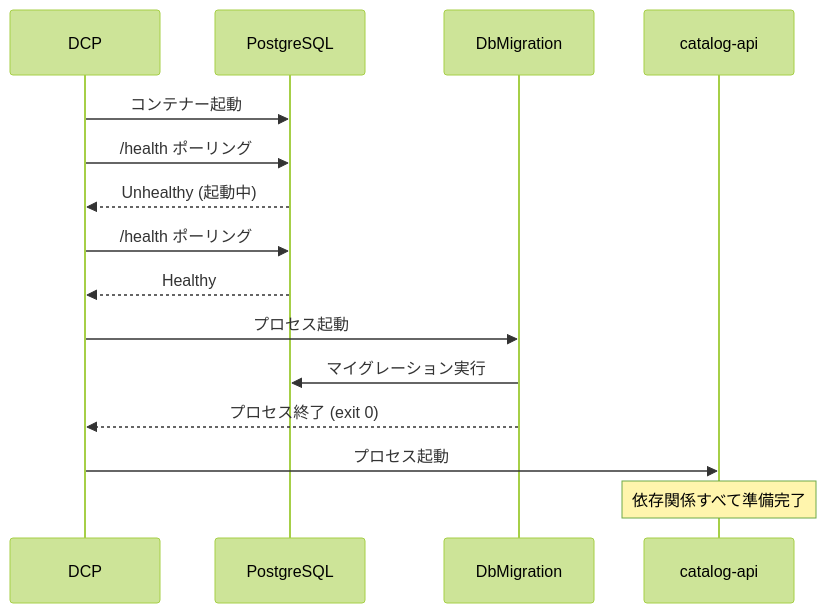
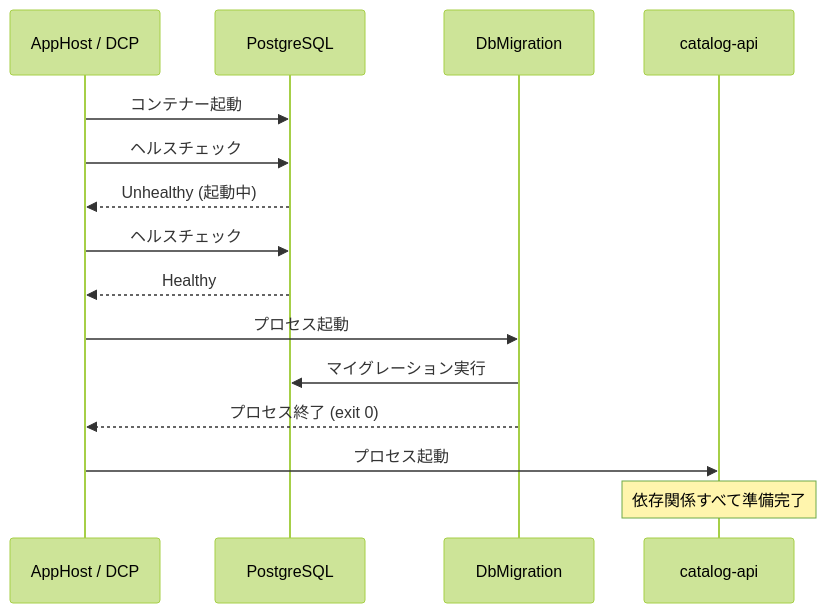
One commit to yoichiozaki/yoichiozaki.github.io changed diagram 13 of 18 in content/blog/ja/dotnet-aspire.mdx. Above: the diagram before and after it, drawn with Mermaid (forest theme). The commit also changed other lines of this file and 116 other files, not shown here.

````diff
--- a/content/blog/ja/dotnet-aspire.mdx
+++ b/content/blog/ja/dotnet-aspire.mdx
@@ -800,18 +807,18 @@
 ```mermaid
 sequenceDiagram
-    participant DCP
+    participant DCP as AppHost / DCP
     participant PG as PostgreSQL
     participant Migration as DbMigration
     participant API as catalog-api
 
     DCP->>PG: コンテナー起動
-    DCP->>PG: /health ポーリング
+    DCP->>PG: ヘルスチェック
     PG-->>DCP: Unhealthy (起動中)
-    DCP->>PG: /health ポーリング
+    DCP->>PG: ヘルスチェック
     PG-->>DCP: Healthy
     DCP->>Migration: プロセス起動
     Migration->>PG: マイグレーション実行
     Migration-->>DCP: プロセス終了 (exit 0)
     DCP->>API: プロセス起動
     Note over API: 依存関係すべて準備完了
 ```
````
